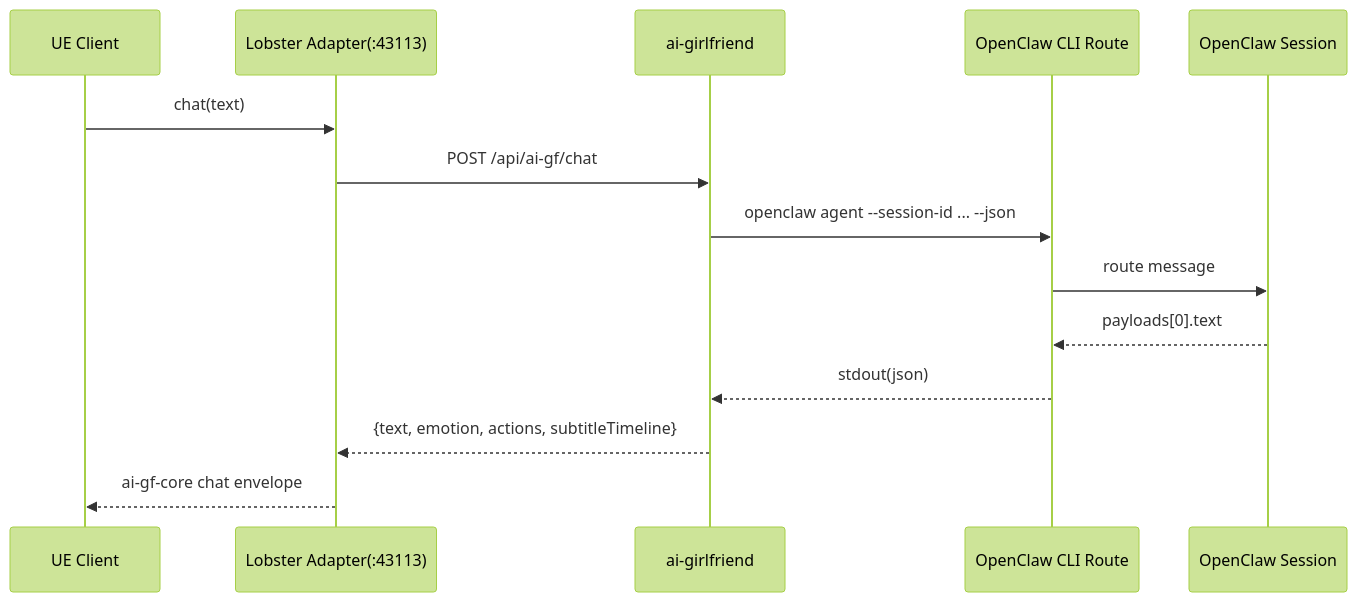
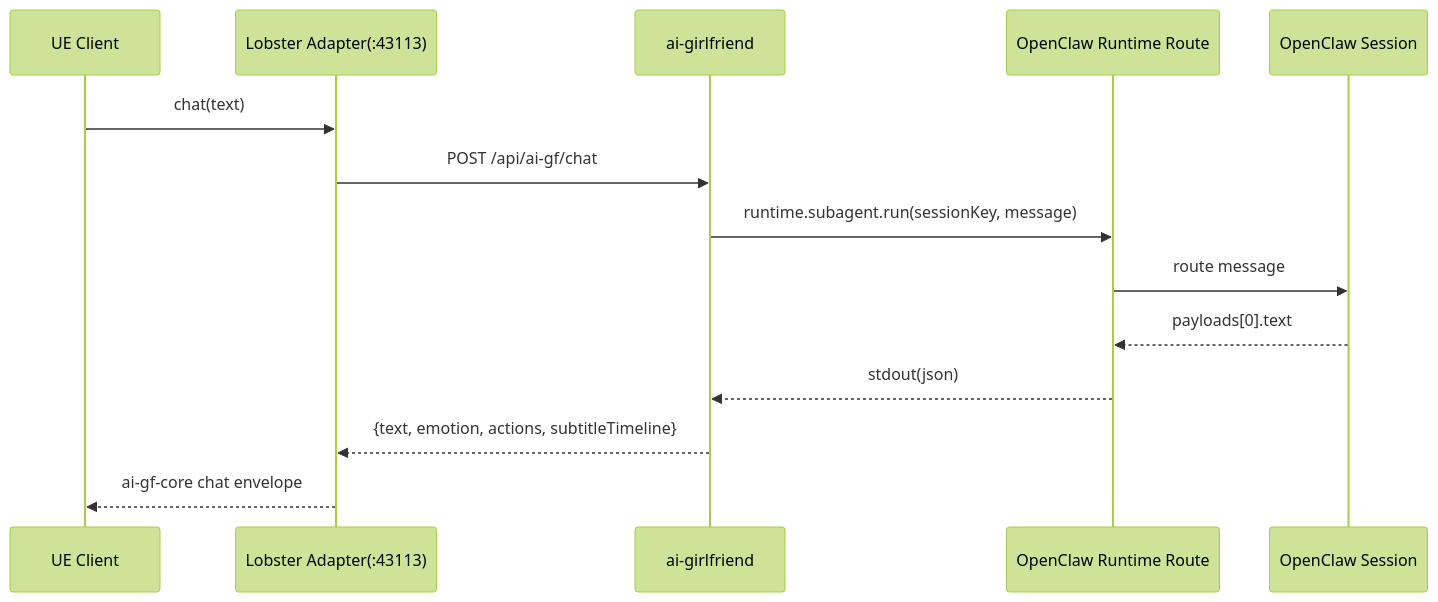
One commit to angelash/ai-girlfrend-claw changed the second of 3 diagrams in docs/详细设计.md. Above: the diagram before and after it, drawn with Mermaid (forest theme). The commit also changed other lines of this file and 2 other files, not shown here.

Commit message:
refactor: switch ai-gf chat routing to runtime session API only

````diff
--- a/docs/详细设计.md
+++ b/docs/详细设计.md
@@ -35,17 +35,17 @@
 ```mermaid
 sequenceDiagram
     participant U as UE Client
     participant L as Lobster Adapter(:43113)
     participant P as ai-girlfriend
-    participant C as OpenClaw CLI Route
+    participant C as OpenClaw Runtime Route
     participant S as OpenClaw Session
 
     U->>L: chat(text)
     L->>P: POST /api/ai-gf/chat
-    P->>C: openclaw agent --session-id ... --json
+    P->>C: runtime.subagent.run(sessionKey, message)
     C->>S: route message
     S-->>C: payloads[0].text
     C-->>P: stdout(json)
     P-->>L: {text, emotion, actions, subtitleTimeline}
     L-->>U: ai-gf-core chat envelope
 ```
````
